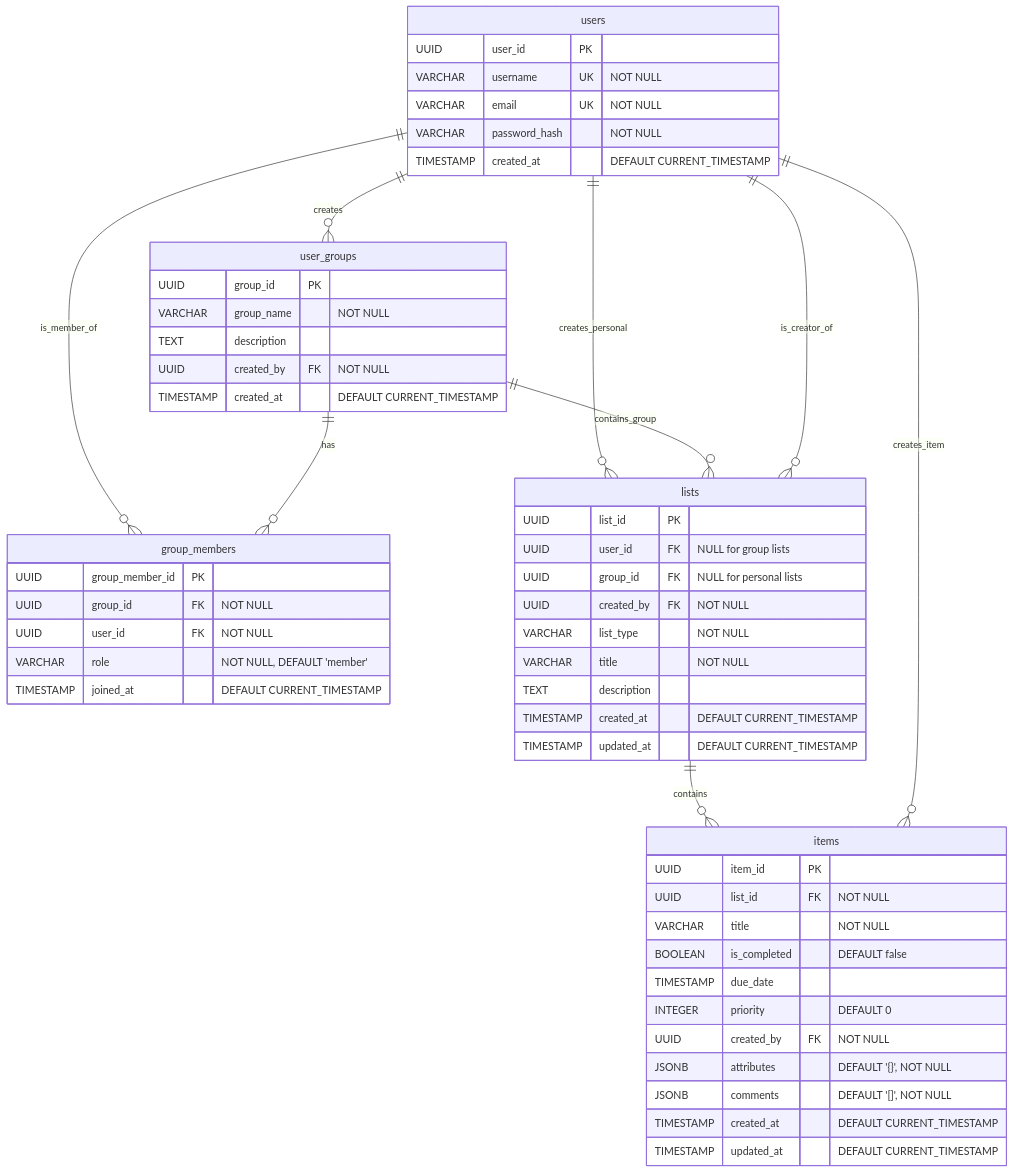
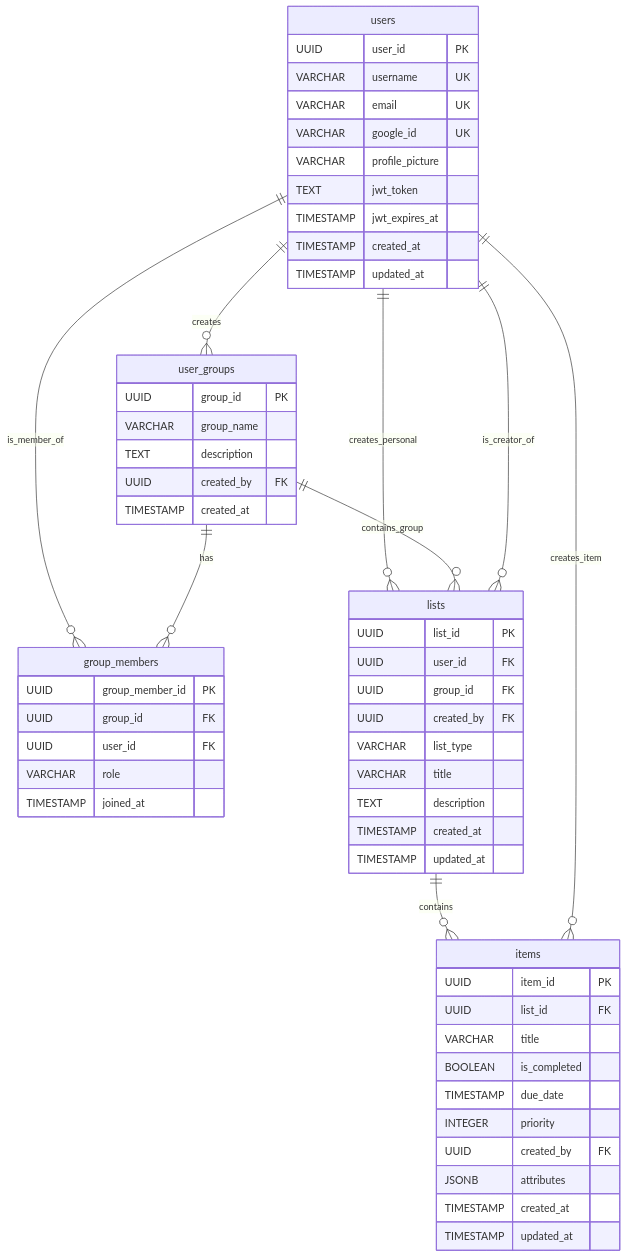
Before and after one commit to ayush-srivasta/ToDo: the diagram in docs/technical/database.md, drawn with Mermaid. The commit also changed other lines of this file, not shown here.

````diff
--- a/docs/technical/database.md
+++ b/docs/technical/database.md
@@ -2,62 +1,64 @@
 ```mermaid
 erDiagram
     users {
         UUID user_id PK
-        VARCHAR username UK "NOT NULL"
-        VARCHAR email UK "NOT NULL"
-        VARCHAR password_hash "NOT NULL"
-        TIMESTAMP created_at "DEFAULT CURRENT_TIMESTAMP"
+        VARCHAR username UK
+        VARCHAR email UK
+        VARCHAR google_id UK
+        VARCHAR profile_picture
+        TEXT jwt_token
+        TIMESTAMP jwt_expires_at
+        TIMESTAMP created_at
+        TIMESTAMP updated_at
     }
 
     user_groups {
         UUID group_id PK
-        VARCHAR group_name "NOT NULL"
+        VARCHAR group_name
         TEXT description
-        UUID created_by FK "NOT NULL"
-        TIMESTAMP created_at "DEFAULT CURRENT_TIMESTAMP"
+        UUID created_by FK
+        TIMESTAMP created_at
     }
 
     group_members {
         UUID group_member_id PK
-        UUID group_id FK "NOT NULL"
-        UUID user_id FK "NOT NULL"
-        VARCHAR role "NOT NULL, DEFAULT 'member'"
-        TIMESTAMP joined_at "DEFAULT CURRENT_TIMESTAMP"
+        UUID group_id FK
+        UUID user_id FK
+        VARCHAR role
+        TIMESTAMP joined_at
     }
 
     lists {
         UUID list_id PK
-        UUID user_id FK "NULL for group lists"
-        UUID group_id FK "NULL for personal lists"
-        UUID created_by FK "NOT NULL"
-        VARCHAR list_type "NOT NULL"
-        VARCHAR title "NOT NULL"
+        UUID user_id FK
+        UUID group_id FK
+        UUID created_by FK
+        VARCHAR list_type
+        VARCHAR title
         TEXT description
-        TIMESTAMP created_at "DEFAULT CURRENT_TIMESTAMP"
-        TIMESTAMP updated_at "DEFAULT CURRENT_TIMESTAMP"
+        TIMESTAMP created_at
+        TIMESTAMP updated_at
     }
 
     items {
         UUID item_id PK
-        UUID list_id FK "NOT NULL"
-        VARCHAR title "NOT NULL"
-        BOOLEAN is_completed "DEFAULT false"
+        UUID list_id FK
+        VARCHAR title
+        BOOLEAN is_completed
         TIMESTAMP due_date
-        INTEGER priority "DEFAULT 0"
-        UUID created_by FK "NOT NULL"
-        JSONB attributes "DEFAULT '{}', NOT NULL"
-        JSONB comments "DEFAULT '[]', NOT NULL"
-        TIMESTAMP created_at "DEFAULT CURRENT_TIMESTAMP"
-        TIMESTAMP updated_at "DEFAULT CURRENT_TIMESTAMP"
+        INTEGER priority
+        UUID created_by FK
+        JSONB attributes
+        TIMESTAMP created_at
+        TIMESTAMP updated_at
     }
 
-    %% Relationships
     users ||--o{ user_groups : creates
     users ||--o{ group_members : "is_member_of"
     user_groups ||--o{ group_members : has
     users ||--o{ lists : "creates_personal"
     user_groups ||--o{ lists : "contains_group"
     users ||--o{ lists : "is_creator_of"
     lists ||--o{ items : contains
     users ||--o{ items : "creates_item"
 ```
````
